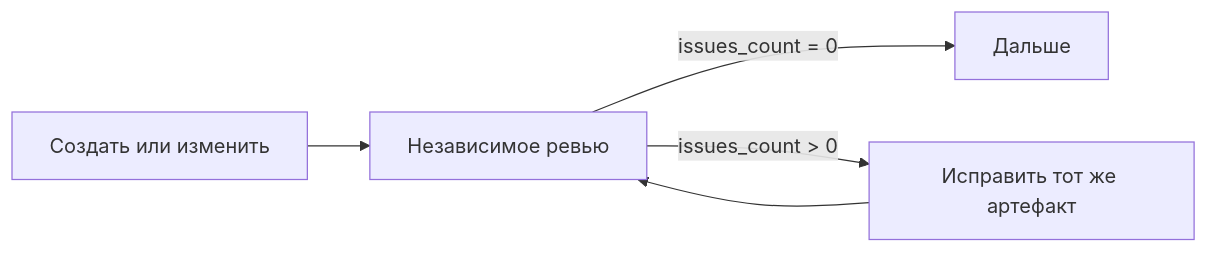
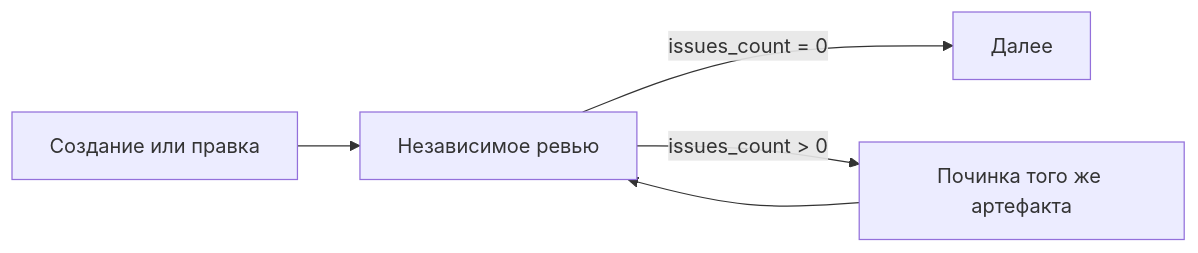
The diagram in packages/mcp-server/src/help/content/ru/patterns/subagent-review.md (moira-mcp/moira), drawn with Mermaid before and after one commit. The commit also changed other lines of this file and 417 other files, not shown here.

````diff
--- a/packages/mcp-server/src/help/content/ru/patterns/subagent-review.md
+++ b/packages/mcp-server/src/help/content/ru/patterns/subagent-review.md
@@ -42,7 +26,7 @@
 ```mermaid
 flowchart LR
-    A[Создать или изменить] --> B[Независимое ревью]
-    B -->|issues_count = 0| C[Дальше]
-    B -->|issues_count > 0| D[Исправить тот же артефакт]
+    A[Создание или правка] --> B[Независимое ревью]
+    B -->|issues_count = 0| C[Далее]
+    B -->|issues_count > 0| D[Починка того же артефакта]
     D --> B
 ```
````
